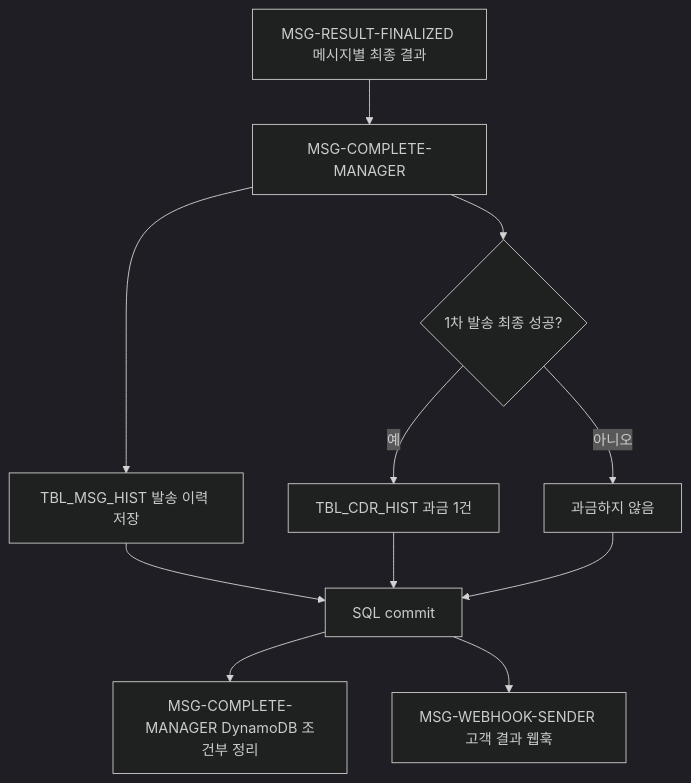
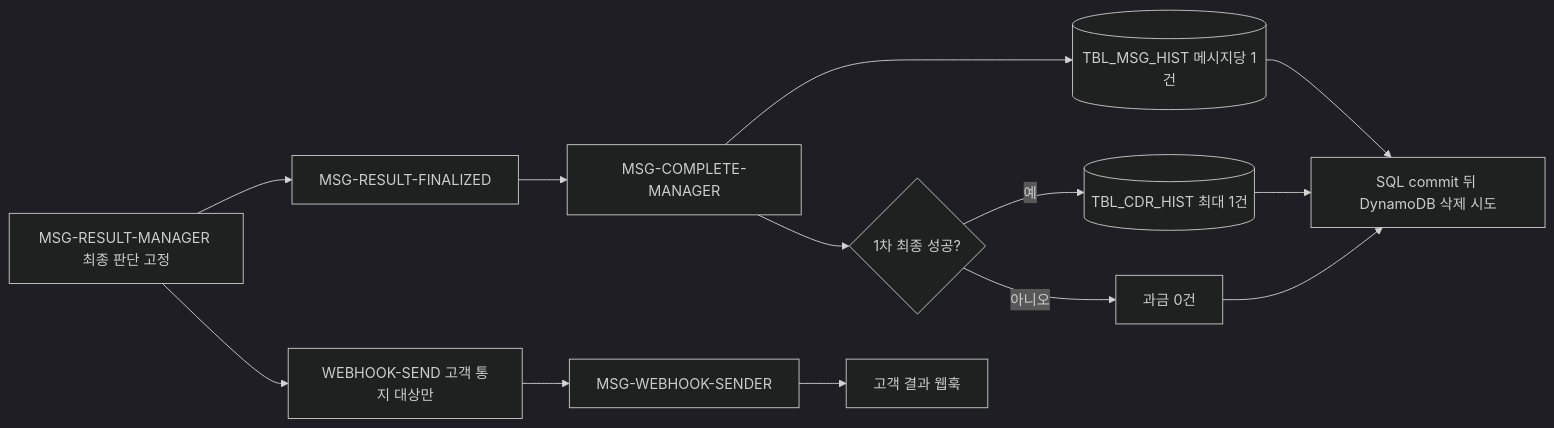
The tenth of 10 diagrams in docs/53-신규-메시지-케이스별-Call-Flow.md (hyun-seung/High-throughput-event-platform), drawn with Mermaid (dark theme) before and after one commit. The commit also changed other lines of this file and 3 other files, not shown here.

````diff
--- a/docs/53-신규-메시지-케이스별-Call-Flow.md
+++ b/docs/53-신규-메시지-케이스별-Call-Flow.md
@@ -346,13 +352,15 @@
 ```mermaid
-flowchart TD
-    F[MSG-RESULT-FINALIZED 메시지별 최종 결과] --> C[MSG-COMPLETE-MANAGER]
-    C --> H[TBL_MSG_HIST 발송 이력 저장]
-    C --> B{1차 발송 최종 성공?}
-    B -->|예| R[TBL_CDR_HIST 과금 1건]
-    B -->|아니오| X[과금하지 않음]
-    H --> Q[SQL commit]
-    R --> Q
-    X --> Q
-    Q --> D[MSG-COMPLETE-MANAGER DynamoDB 조건부 정리]
-    Q --> N[MSG-WEBHOOK-SENDER 고객 결과 웹훅]
+flowchart LR
+    M[MSG-RESULT-MANAGER 최종 판단 고정] --> F[MSG-RESULT-FINALIZED]
+    M --> W[WEBHOOK-SEND 고객 통지 대상만]
+    F --> C[MSG-COMPLETE-MANAGER]
+    C --> H[(TBL_MSG_HIST 메시지당 1건)]
+    C --> B{1차 최종 성공?}
+    B -->|예| R[(TBL_CDR_HIST 최대 1건)]
+    B -->|아니오| X[과금 0건]
+    H --> D[SQL commit 뒤 DynamoDB 삭제 시도]
+    R --> D
+    X --> D
+    W --> S[MSG-WEBHOOK-SENDER]
+    S --> U[고객 결과 웹훅]
 ```
````
